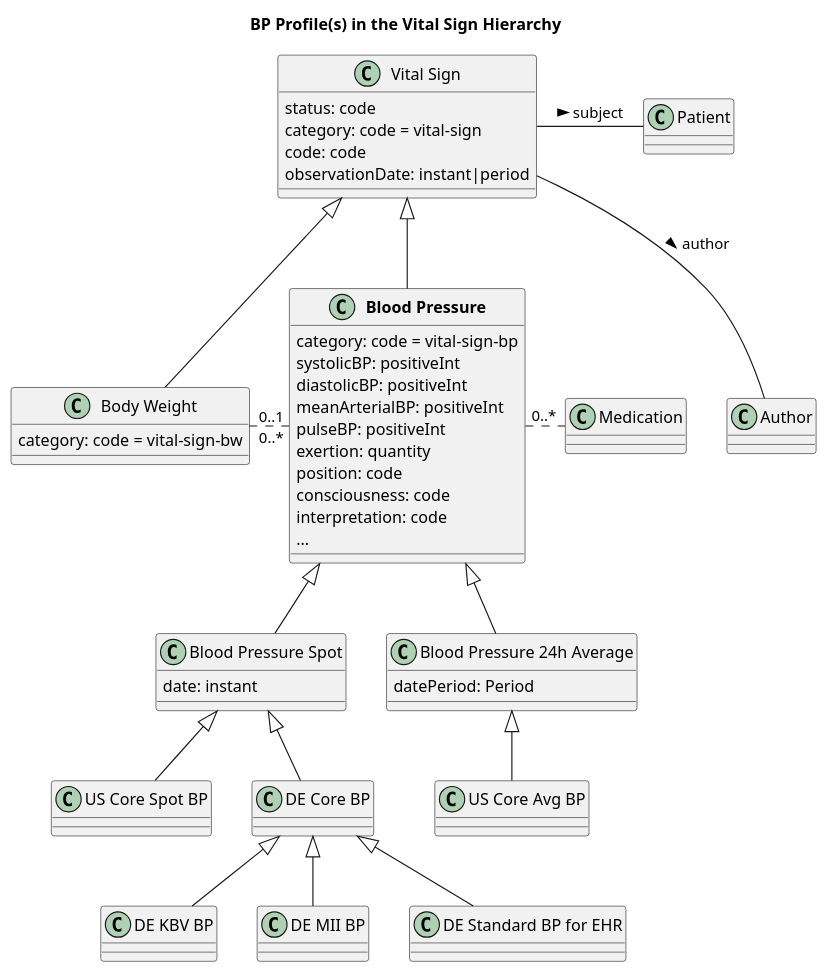
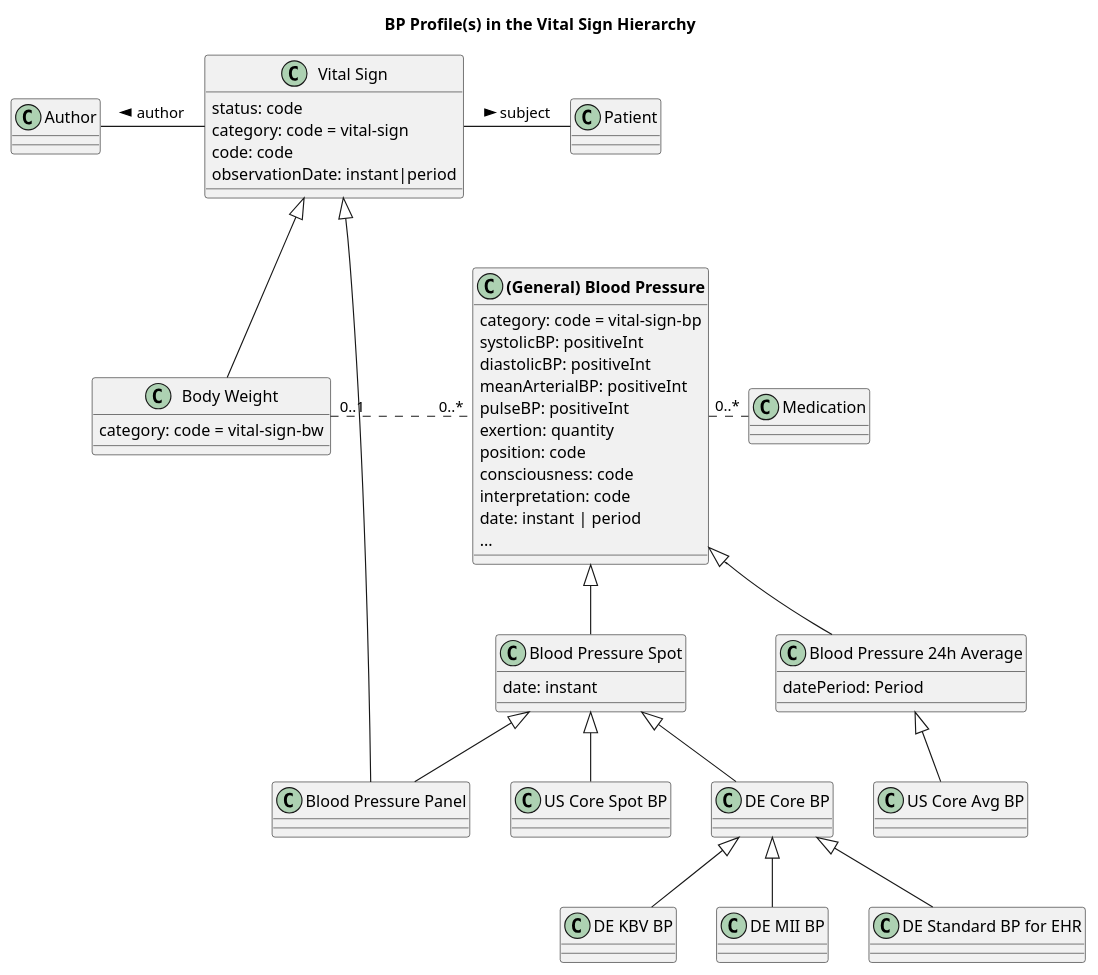
Before and after one commit to frankoemig/vital-signs-demo: the diagram in input/images-source/bloodpressure_hierarchy.plantuml, drawn with PlantUML. The commit also changed 7 other files, not shown here.

```diff
--- a/input/images-source/bloodpressure_hierarchy.plantuml
+++ b/input/images-source/bloodpressure_hierarchy.plantuml
@@ -1,71 +1,77 @@
 @startuml
 
 title BP Profile(s) in the Vital Sign Hierarchy
 
 class "Vital Sign" as vs {
     status: code
     category: code = vital-sign
     code: code
     observationDate: instant|period
 }
 
-class "**Blood Pressure**" as bp {
+class "**(General) Blood Pressure**" as bp {
     category: code = vital-sign-bp
     systolicBP: positiveInt
     diastolicBP: positiveInt
     meanArterialBP: positiveInt
     pulseBP: positiveInt
     exertion: quantity
     position: code
     consciousness: code
     interpretation: code
+    date: instant | period
     ...
 }
 
 class "Body Weight" as bw {
     category: code = vital-sign-bw
 }
 
 class "Medication" as medic 
 
 class "Blood Pressure Spot" as bps {
     date: instant
 }
 
+class "Blood Pressure Panel" as bpp {
+
+}
+
 class "Blood Pressure 24h Average" as bpa {
     datePeriod: Period
 }
 
 class "Patient" as pat
 class "Author" as aut
 
 class "US Core Spot BP" as usbp1 
 class "DE Core BP" as debp
-vs <|-- bp
+vs <|-- bpp
 vs <|-- bw
 
 class "US Core Avg BP" as usbp2 
 
 vs -right- pat : subject >
-vs -- aut : author >
+vs -left- aut : author >
 
 bp <|-- bps
 bp <|-- bpa
 
 bpa <|-- usbp2
 
 bps <|-- usbp1
 bps <|-- debp
+bps <|-- bpp
 
 bp "0..*" ..left. "0..1" bw
 bp .right.. "0..*" medic
 
 class "DE KBV BP" as dekbvbp
 class "DE MII BP" as demiibp
 class "DE Standard BP for EHR" as deehrbp
 
 debp <|-- dekbvbp
 debp <|-- demiibp
 debp <|-- deehrbp
 
 @enduml
```
